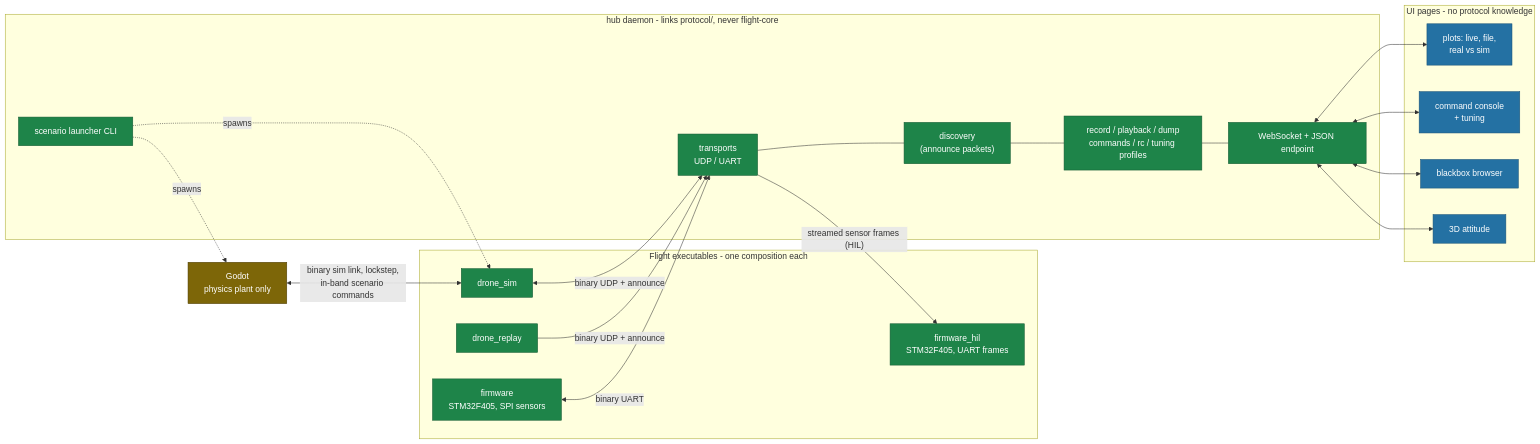
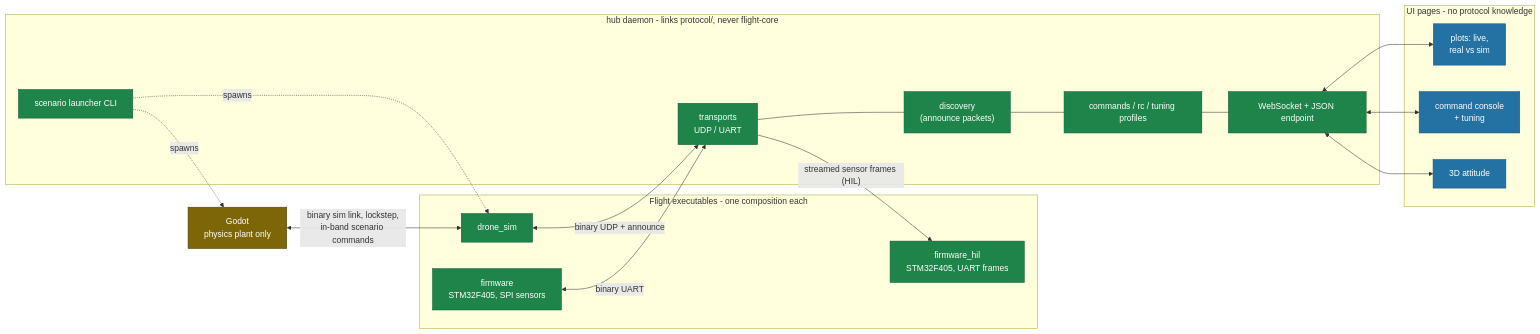
The diagram in docs/target-architecture.md (Keyrim/drone-mark4), drawn with Mermaid before and after one commit. The commit also changed other lines of this file and 8 other files, not shown here.

````diff
--- a/docs/target-architecture.md
+++ b/docs/target-architecture.md
@@ -158,46 +135,42 @@
 ```mermaid
 flowchart LR
     subgraph flight["Flight executables - one composition each"]
         FW["firmware<br/>STM32F405, SPI sensors"]
         FWH["firmware_hil<br/>STM32F405, UART frames"]
         DS["drone_sim"]
-        DR["drone_replay"]
     end
 
     GODOT["Godot<br/>physics plant only"]
 
     subgraph hub["hub daemon - links protocol/, never flight-core"]
         TR["transports<br/>UDP / UART"]
         DISC["discovery<br/>(announce packets)"]
-        SVC["record / playback / dump<br/>commands / rc / tuning profiles"]
+        SVC["commands / rc / tuning profiles"]
         LAUNCH["scenario launcher CLI"]
         WS["WebSocket + JSON endpoint"]
         TR --- DISC --- SVC --- WS
     end
 
     subgraph ui["UI pages - no protocol knowledge"]
-        P1["plots: live, file,<br/>real vs sim"]
+        P1["plots: live,<br/>real vs sim"]
         P2["command console<br/>+ tuning"]
-        P3["blackbox browser"]
-        P4["3D attitude"]
+        P3["3D attitude"]
     end
 
     GODOT <-->|"binary sim link, lockstep,<br/>in-band scenario commands"| DS
     DS <-->|"binary UDP + announce"| TR
-    DR -->|"binary UDP + announce"| TR
     FW <-->|"binary UART"| TR
     TR -->|"streamed sensor frames (HIL)"| FWH
     LAUNCH -.->|"spawns"| DS
     LAUNCH -.->|"spawns"| GODOT
     WS <--> P1
     WS <--> P2
     WS <--> P3
-    WS <--> P4
 
     classDef checked fill:#1e8449,color:#fff,stroke:#145a32
     classDef thin fill:#2471a3,color:#fff,stroke:#1a5276
     classDef neutral fill:#7d6608,color:#fff,stroke:#4d3c04
-    class FW,FWH,DS,DR,TR,DISC,SVC,WS,LAUNCH checked
-    class P1,P2,P3,P4 thin
+    class FW,FWH,DS,TR,DISC,SVC,WS,LAUNCH checked
+    class P1,P2,P3 thin
     class GODOT neutral
 ```
````
